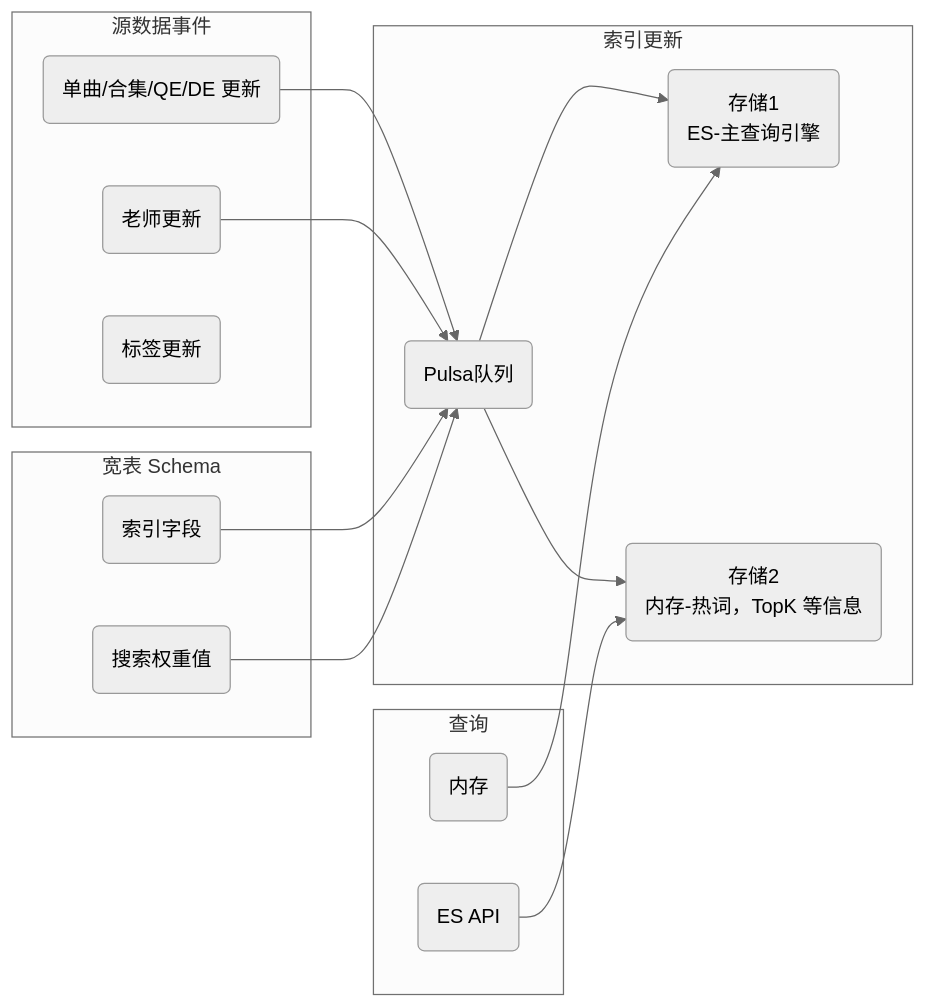
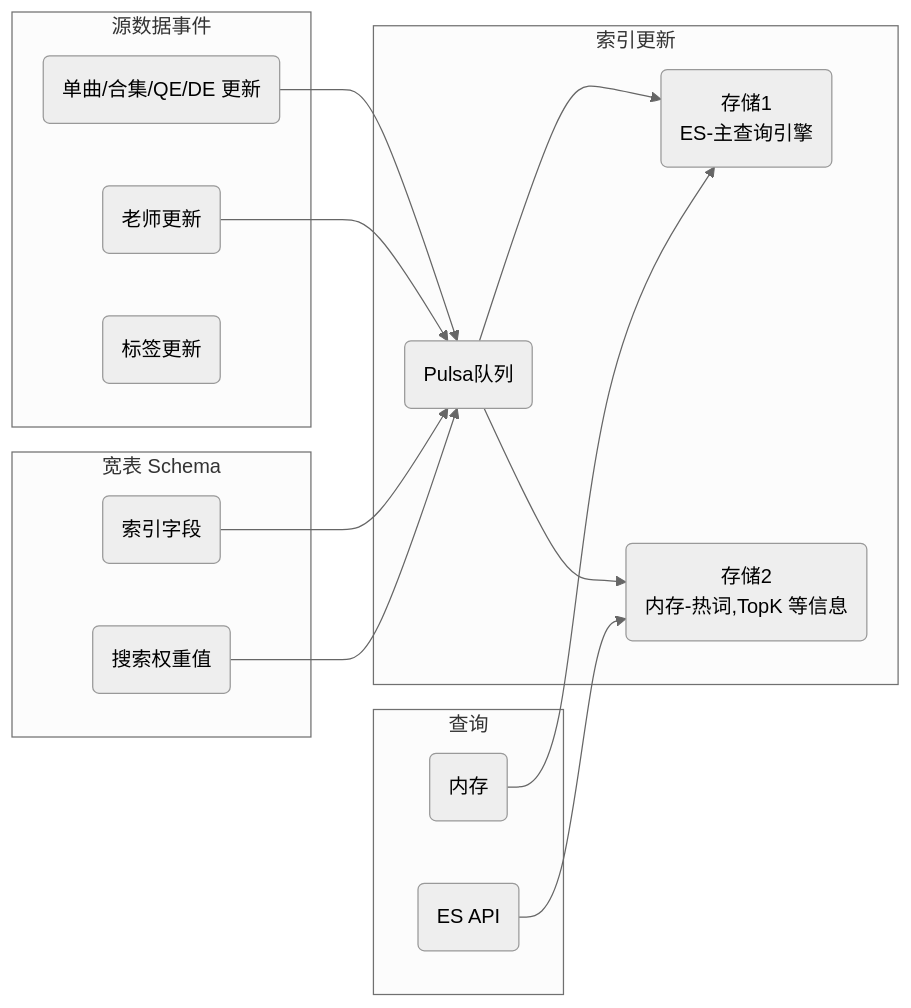
The second of 5 diagrams in _posts/2021-09-01-all-for-search.md (dengqinghua/dengqinghua.github.io), drawn with Mermaid (neutral theme) before and after one commit. The commit also changed 2 other files, not shown here.

Commit message:
change search

```diff
--- a/_posts/2021-09-01-all-for-search.md
+++ b/_posts/2021-09-01-all-for-search.md
@@ -120,25 +120,25 @@
 <div class="mermaid" markdown="0">
 graph LR
     subgraph 查询
       cache(内存);
       es(ES API);
     end
     subgraph 索引更新
       EventHandler(Pulsa队列);
       storage1(存储1 <br > ES-主查询引擎);
-      storage2(存储2 <br > 内存-热词，TopK 等信息);
+      storage2(存储2 <br > 内存-热词,TopK 等信息);
     end
     subgraph 源数据事件
       event1(单曲/合集/QE/DE 更新);
       event2(老师更新);
       event3(标签更新);
     end
     subgraph 宽表 Schema
       field(索引字段);
       weight(搜索权重值);
     end
 
     event1 & event2 & field & weight-->EventHandler-->storage1 & storage2;
     cache-->storage1;
     es-->storage2;
 </div>
```
